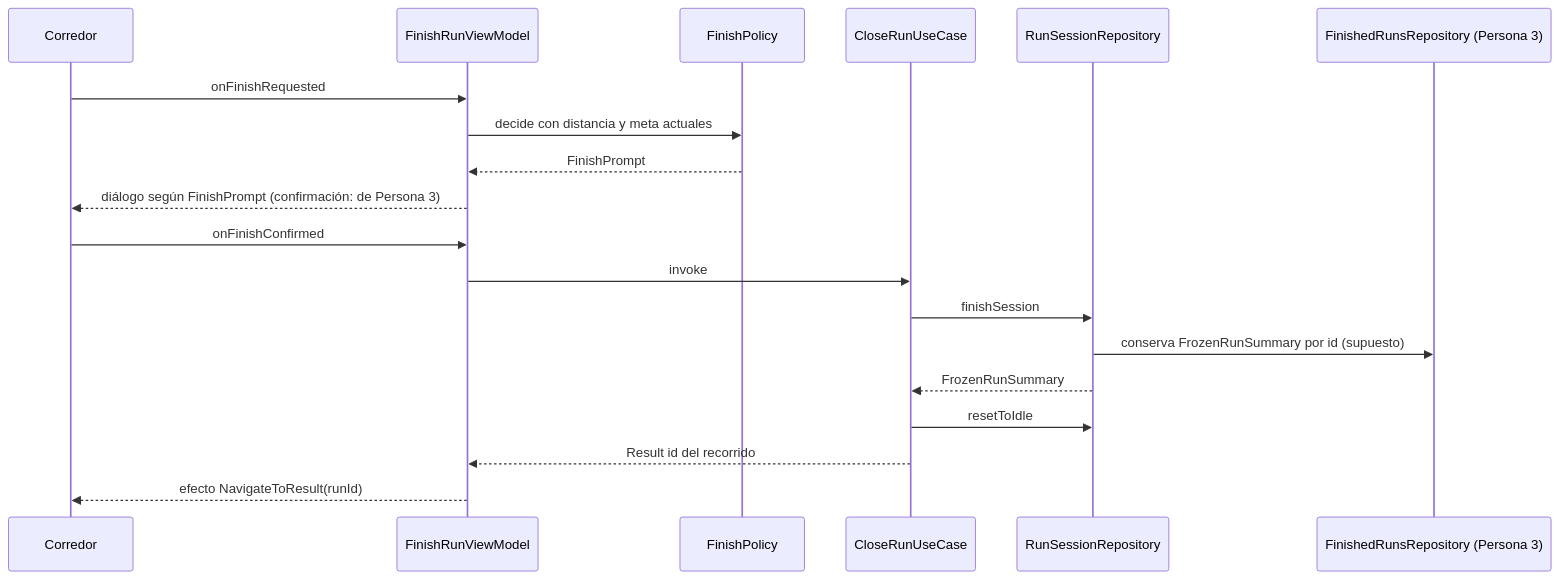
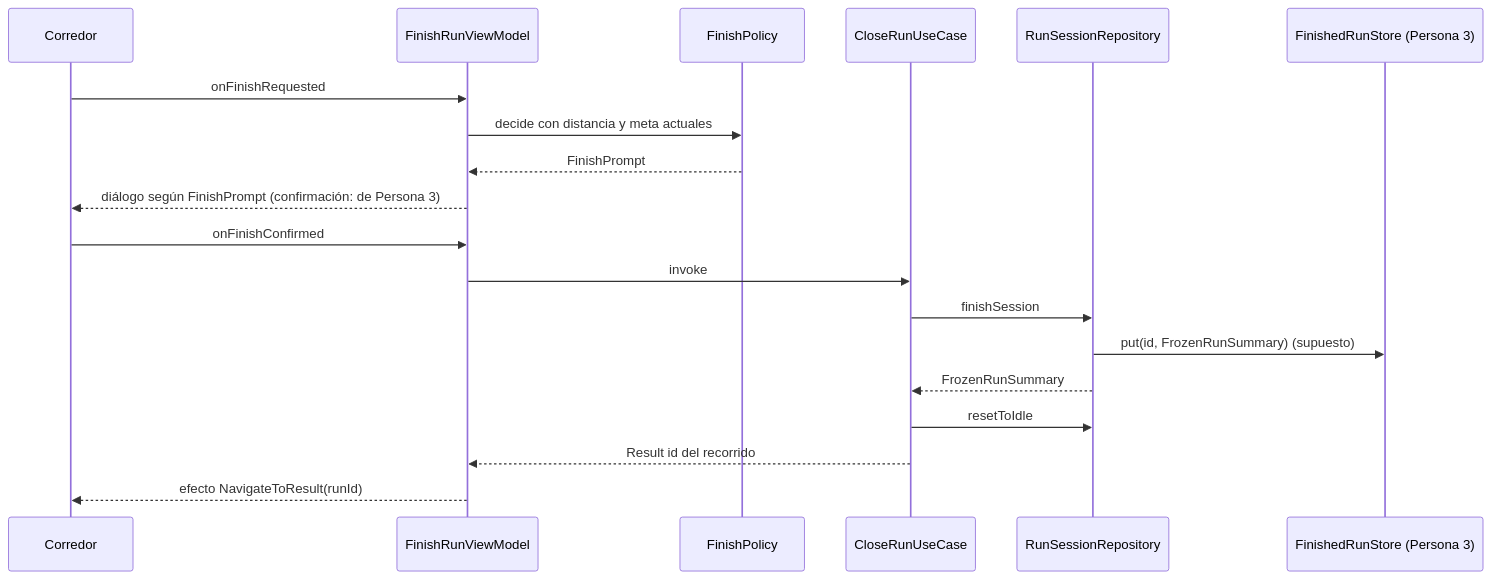
One commit to unlam-tec-movil/A3-2026-H2-E2 changed the third of 3 diagrams in .kiro/specs/finish-run-result/design.md. Above: the diagram before and after it, drawn with Mermaid. The commit also changed other lines of this file and 2 other files, not shown here.

Commit message:
docs(spec): finish-run-result ajusta diseño y genera tareas

````diff
--- a/.kiro/specs/finish-run-result/design.md
+++ b/.kiro/specs/finish-run-result/design.md
@@ -251,21 +255,21 @@
 ```mermaid
 sequenceDiagram
     participant U as Corredor
     participant VM as FinishRunViewModel
     participant P as FinishPolicy
     participant C as CloseRunUseCase
     participant R as RunSessionRepository
-    participant F as FinishedRunsRepository (Persona 3)
+    participant F as FinishedRunStore (Persona 3)
     U->>VM: onFinishRequested
     VM->>P: decide con distancia y meta actuales
     P-->>VM: FinishPrompt
     VM-->>U: diálogo según FinishPrompt (confirmación: de Persona 3)
     U->>VM: onFinishConfirmed
     VM->>C: invoke
     C->>R: finishSession
-    R->>F: conserva FrozenRunSummary por id (supuesto)
+    R->>F: put(id, FrozenRunSummary) (supuesto)
     R-->>C: FrozenRunSummary
     C->>R: resetToIdle
     C-->>VM: Result id del recorrido
     VM-->>U: efecto NavigateToResult(runId)
 ```
````
